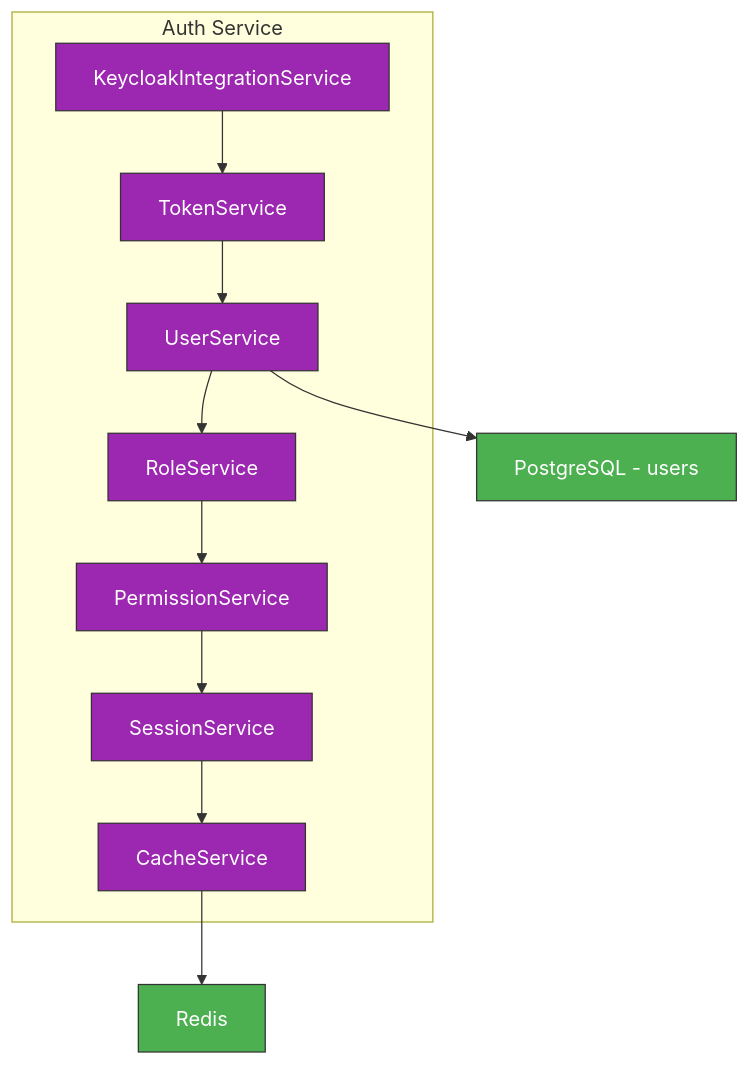
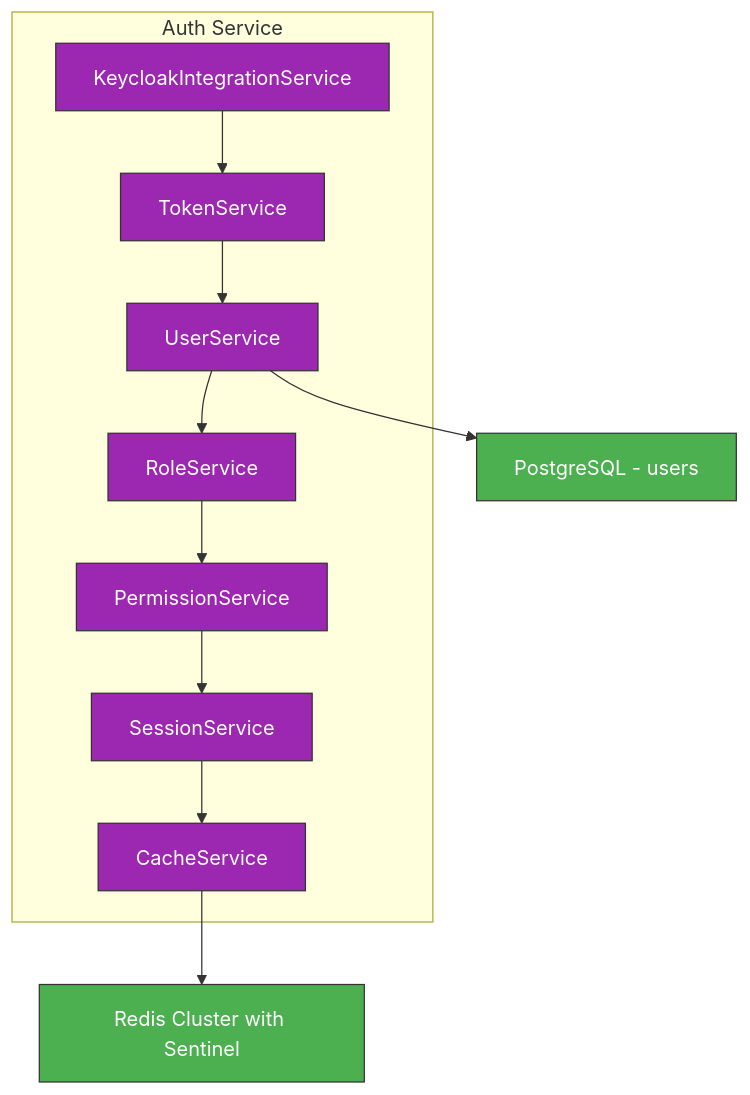
The third of 7 diagrams in docs/architecture/component-diagram.md (alxsshv/autodev-marketplace), drawn with Mermaid before and after one commit. The commit also changed other lines of this file and 64 other files, not shown here.

````diff
--- a/docs/architecture/component-diagram.md
+++ b/docs/architecture/component-diagram.md
@@ -141,28 +148,29 @@
 ```mermaid
 graph TD
     subgraph "Auth Service"
         A[KeycloakIntegrationService]
         B[TokenService]
         C[UserService]
         D[RoleService]
         E[PermissionService]
         F[SessionService]
         G[CacheService]
     end
     
     A --> B
     B --> C
     C --> D
     D --> E
     E --> F
     F --> G
-    G --> Redis[Redis]
+    G --> Redis[Redis Cluster with Sentinel]
     C --> PostgreSQL[PostgreSQL - users]
     
     classDef auth fill:#9C27B0,stroke:#333,stroke-width:1px,color:white;
     classDef component fill:#2196F3,stroke:#333,stroke-width:1px,color:white;
     classDef storage fill:#4CAF50,stroke:#333,stroke-width:1px,color:white;
+    classDef redis fill:#FF9800,stroke:#333,stroke-width:1px,color:white;
     
     class A,B,C,D,E,F,G auth
     class Redis,PostgreSQL storage
 ```
````
